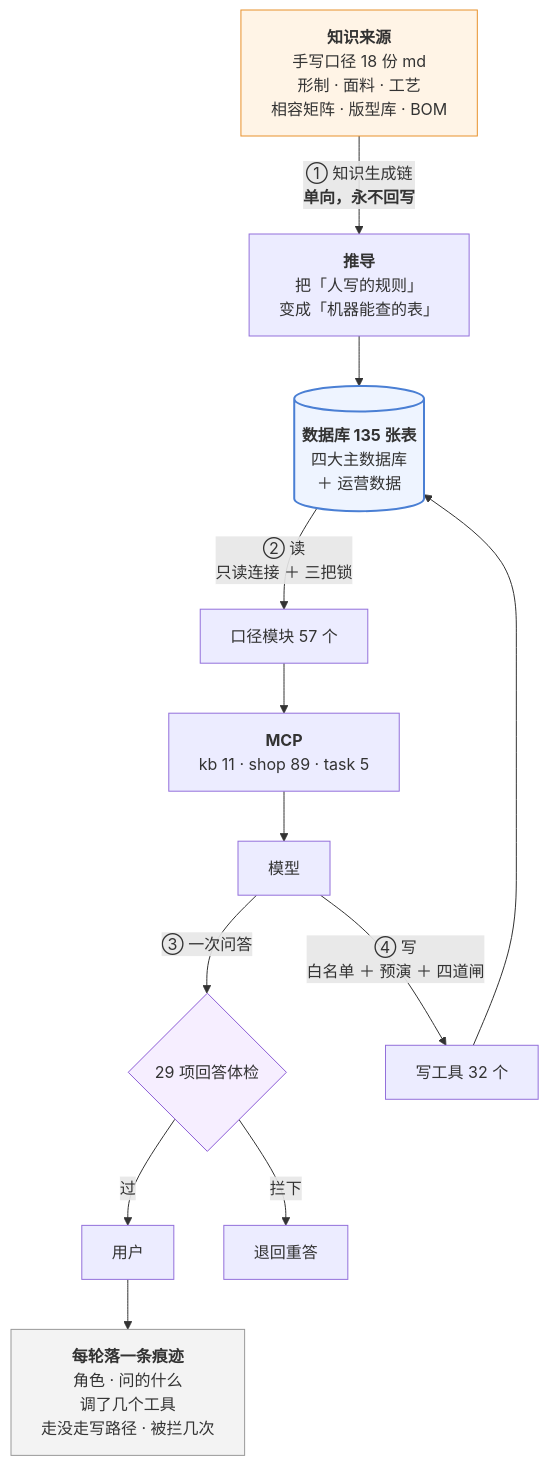
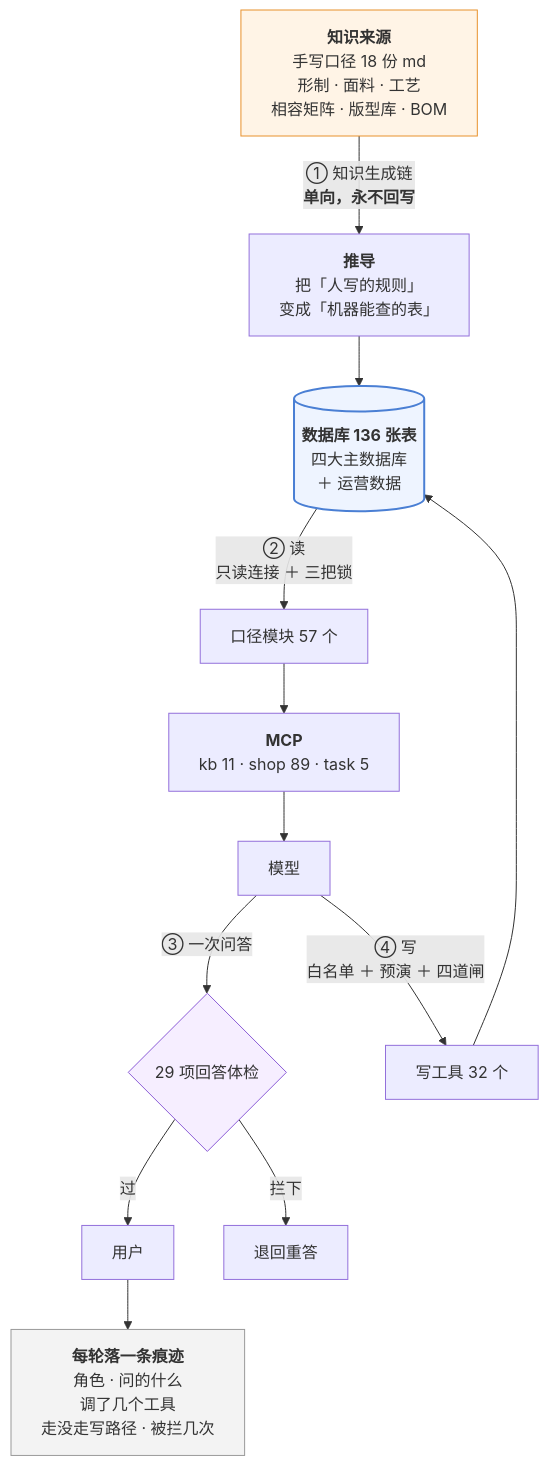
One commit to 843773296-rgb/lanxiu-yunshang-agent changed the third of 3 diagrams in 澜绣云裳agent-产品说明.md. Above: the diagram before and after it, drawn with Mermaid. The commit also changed other lines of this file and 14 other files, not shown here.

First line of the commit message:
迁移机制第一步(用户 11-14 清单第四条):schema_version + 按编号迁移 + 散落 ALTER TABLE 棘轮

````diff
--- a/澜绣云裳agent-产品说明.md
+++ b/澜绣云裳agent-产品说明.md
@@ -1050,24 +1050,24 @@
 ```mermaid
 flowchart TD
     MD["<b>知识来源</b><br/>手写口径 18 份 md<br/>形制 · 面料 · 工艺<br/>相容矩阵 · 版型库 · BOM"]
     MD -->|"① 知识生成链<br/><b>单向，永不回写</b>"| DV["<b>推导</b><br/>把「人写的规则」<br/>变成「机器能查的表」"]
-    DV --> DB[("<b>数据库 135 张表</b><br/>四大主数据库<br/>＋ 运营数据")]
+    DV --> DB[("<b>数据库 136 张表</b><br/>四大主数据库<br/>＋ 运营数据")]
 
     DB -->|"② 读<br/>只读连接 ＋ 三把锁"| KJ["口径模块 57 个"]
     KJ --> MCP["<b>MCP</b><br/>kb 11 · shop 89 · task 5"]
     MCP --> LLM["模型"]
 
     LLM -->|"③ 一次问答"| GD{"29 项回答体检"}
     GD -- 过 --> U["用户"]
     GD -- 拦下 --> RE["退回重答"]
 
     LLM -->|"④ 写<br/>白名单 ＋ 预演 ＋ 四道闸"| W["写工具 32 个"]
     W --> DB
 
     U --> TR["<b>每轮落一条痕迹</b><br/>角色 · 问的什么<br/>调了几个工具<br/>走没走写路径 · 被拦几次"]
 
     style MD fill:#fff4e6,stroke:#e8912d
     style DB fill:#eef4ff,stroke:#4a7fd4,stroke-width:2px
     style GD fill:#f6eeff,stroke:#8b5cd6
     style TR fill:#f3f3f3,stroke:#999
 ```
````
